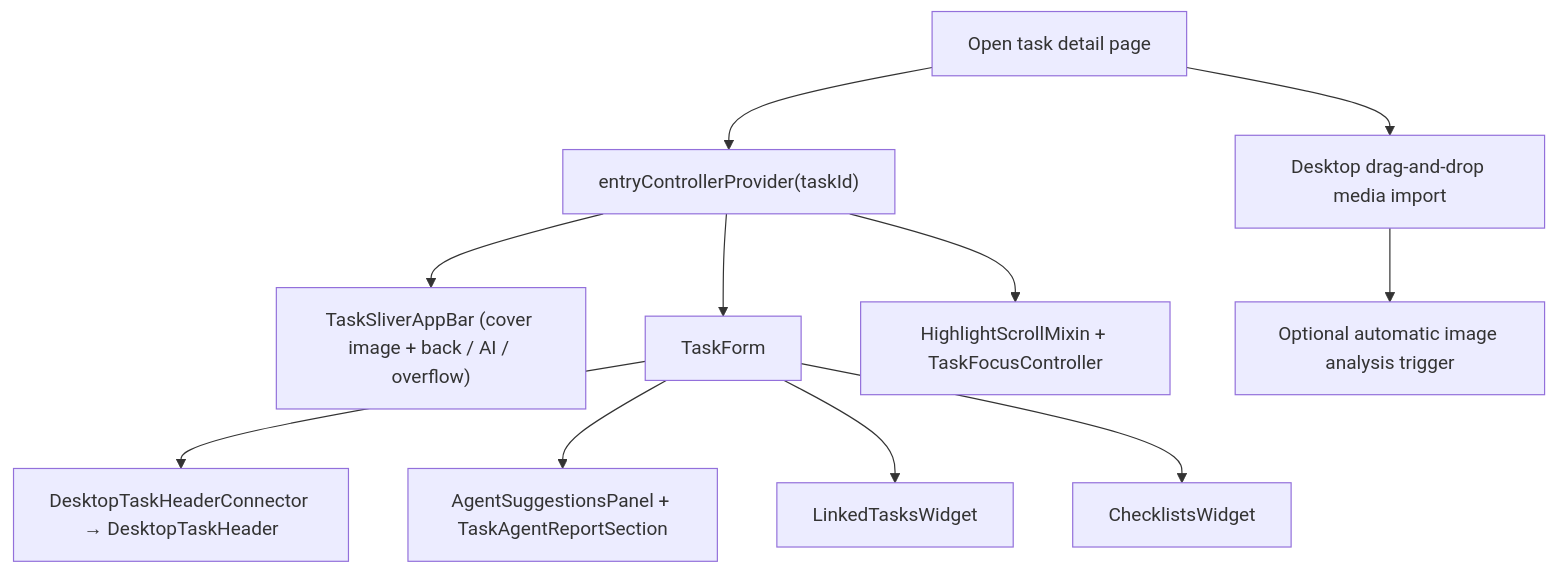
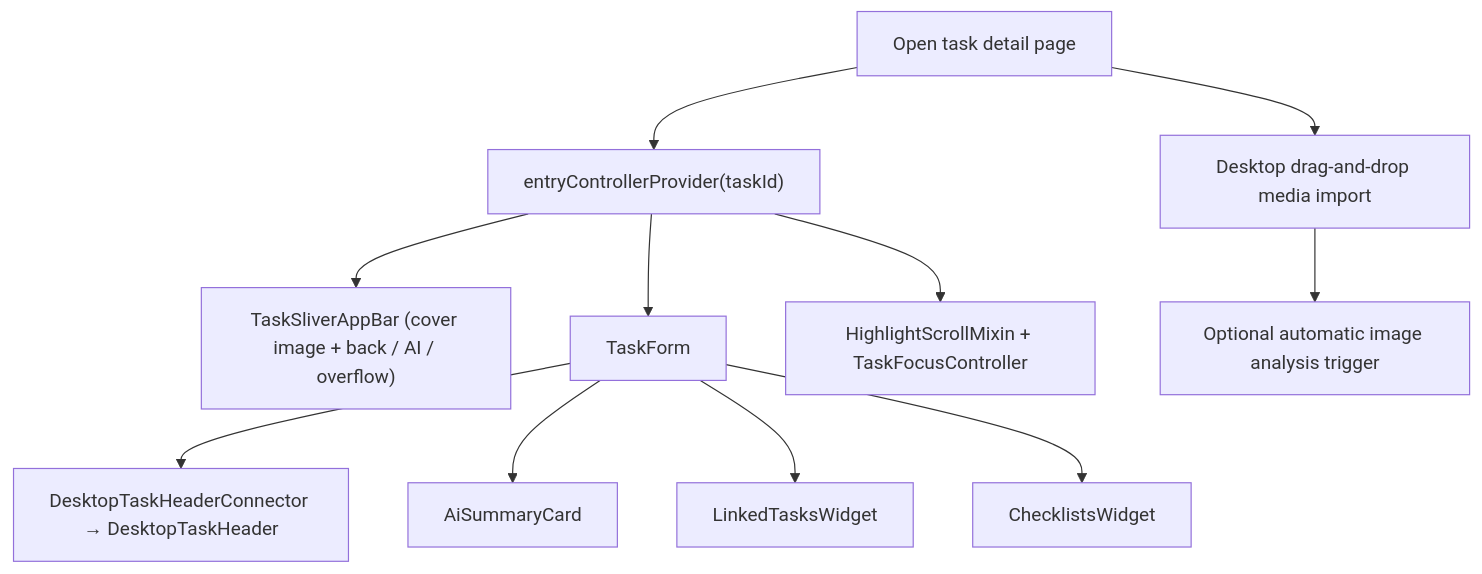
One commit to matthiasn/lotti changed the fourth of 12 diagrams in lib/features/tasks/README.md. Above: the diagram before and after it, drawn with Mermaid. The commit also changed other lines of this file and 33 other files, not shown here.

````diff
--- a/lib/features/tasks/README.md
+++ b/lib/features/tasks/README.md
@@ -176,13 +176,13 @@
 ```mermaid
 flowchart TD
   Open["Open task detail page"] --> Load["entryControllerProvider(taskId)"]
   Load --> AppBar["TaskSliverAppBar (cover image + back / AI / overflow)"]
   Load --> Form["TaskForm"]
   Form --> Header["DesktopTaskHeaderConnector → DesktopTaskHeader"]
-  Form --> Agents["AgentSuggestionsPanel + TaskAgentReportSection"]
+  Form --> Agents["AiSummaryCard"]
   Form --> Linked["LinkedTasksWidget"]
   Form --> Checklists["ChecklistsWidget"]
   Load --> Focus["HighlightScrollMixin + TaskFocusController"]
   Open --> Drop["Desktop drag-and-drop media import"]
   Drop --> ImageAnalysis["Optional automatic image analysis trigger"]
 ```
````
